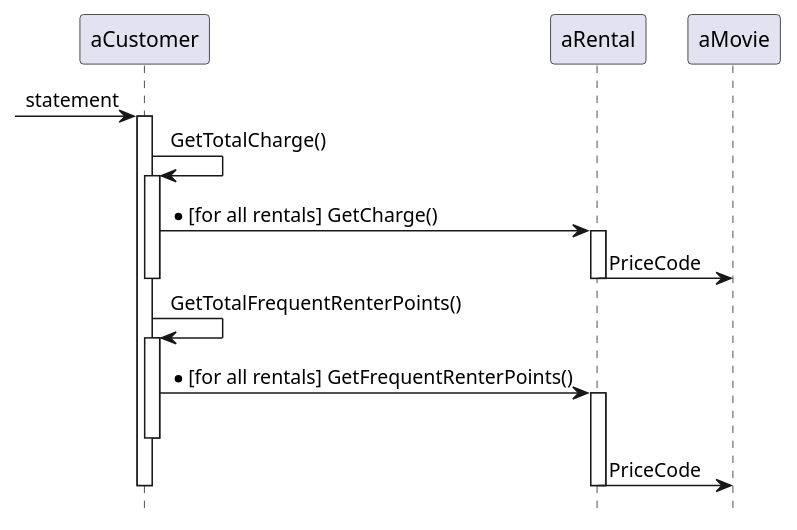
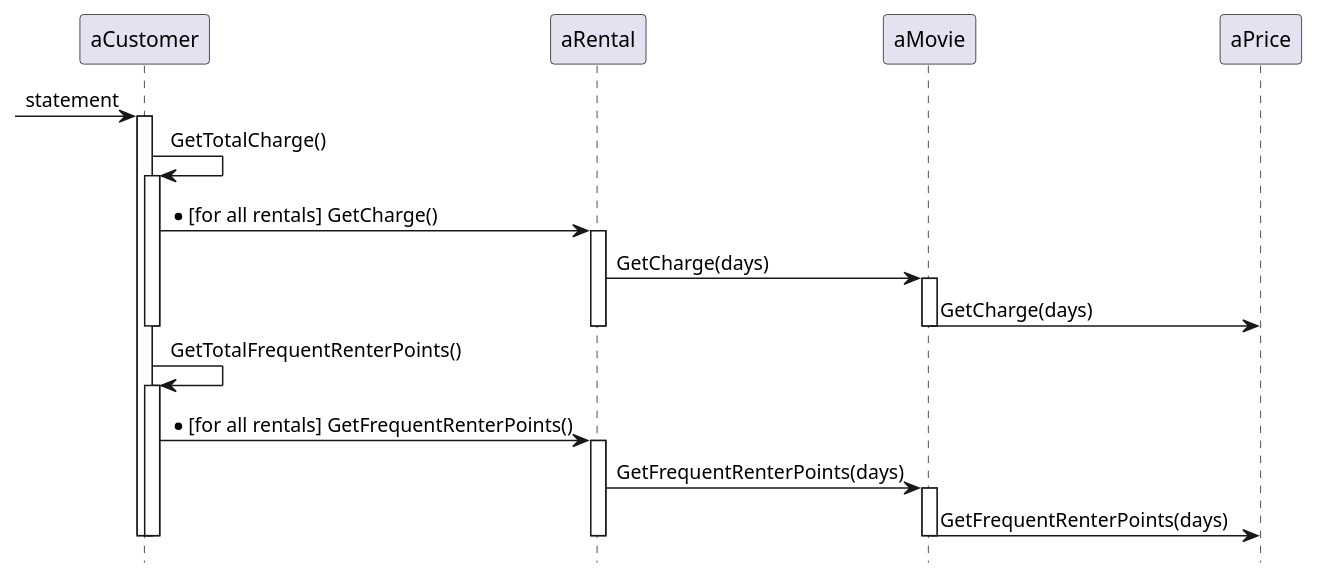
One commit to LiuPai/refactoring changed the diagram in VideoStore/diagram/interactions.puml. Above: the diagram before and after it, drawn with PlantUML. The commit also changed 7 other files, not shown here.

```diff
--- a/VideoStore/diagram/interactions.puml
+++ b/VideoStore/diagram/interactions.puml
@@ -1,21 +1,27 @@
 hide footbox
 [->aCustomer: statement
 activate aCustomer
 
 aCustomer->aCustomer: GetTotalCharge()
 activate aCustomer
 
 aCustomer->aRental: *[for all rentals] GetCharge()
 activate aRental
-aRental->aMovie: PriceCode
+aRental->aMovie: GetCharge(days)
+activate aMovie
+aMovie->aPrice: GetCharge(days)
+deactivate aMovie
 deactivate aRental
 deactivate aCustomer
 
 aCustomer->aCustomer: GetTotalFrequentRenterPoints()
 activate aCustomer
 aCustomer->aRental: *[for all rentals] GetFrequentRenterPoints()
 activate aRental
+aRental->aMovie: GetFrequentRenterPoints(days)
+activate aMovie
+aMovie->aPrice: GetFrequentRenterPoints(days)
+deactivate aMovie
 deactivate aCustomer
-aRental->aMovie: PriceCode
 deactivate aRental
 deactivate aCustomer
```
